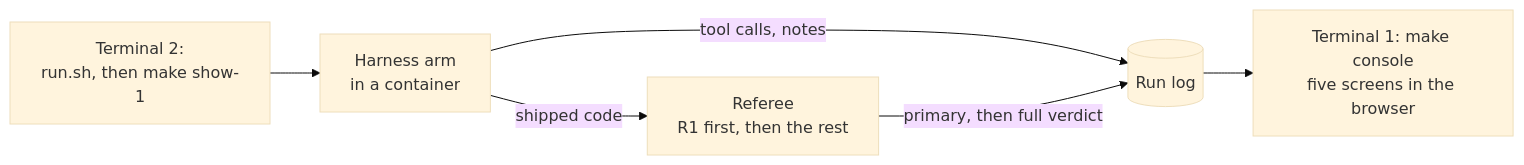
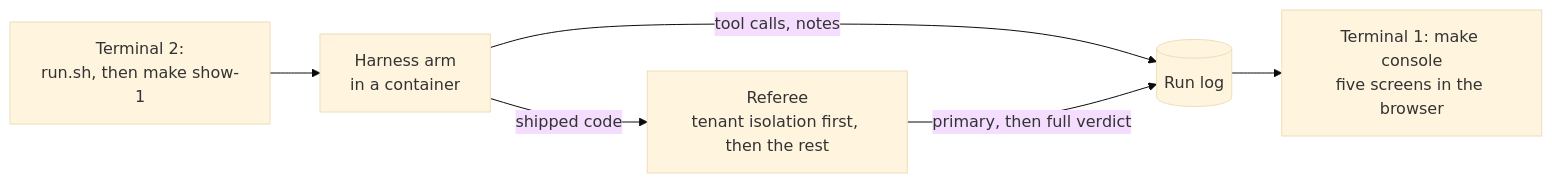
The diagram in section-1-instructions/demo/README.md (ANI-IN/shipharness-dev), drawn with Mermaid (base theme) before and after one commit. The commit also changed other lines of this file and 41 other files, not shown here.

````diff
--- a/section-1-instructions/demo/README.md
+++ b/section-1-instructions/demo/README.md
@@ -42,8 +44,8 @@
 ```mermaid
 flowchart LR
   T2["Terminal 2:<br/>run.sh, then make show-1"] --> H["Harness arm<br/>in a container"]
   H -->|"tool calls, notes"| E[("Run log")]
-  H -->|"shipped code"| R["Referee<br/>R1 first, then the rest"]
+  H -->|"shipped code"| R["Referee<br/>tenant isolation first, then the rest"]
   R -->|"primary, then full verdict"| E
   E --> C["Terminal 1: make console<br/>five screens in the browser"]
 ```
````
